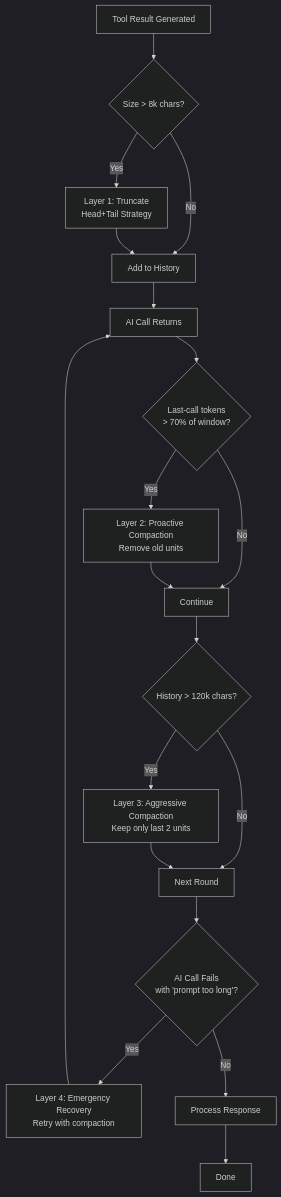
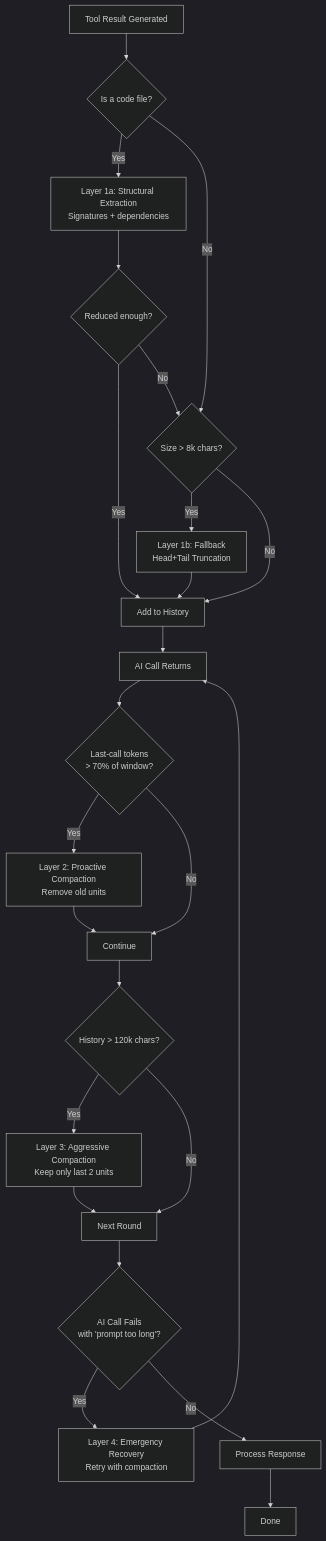
The first of 2 diagrams in src/articles/context-window-hardening.md (tmseidel/profile_website), drawn with Mermaid (dark theme) before and after one commit. The commit also changed other lines of this file, not shown here.

````diff
--- a/src/articles/context-window-hardening.md
+++ b/src/articles/context-window-hardening.md
@@ -46,24 +46,29 @@
 ```mermaid
 flowchart TD
-    A["Tool Result Generated"] --> B{"Size > 8k chars?"}
-    B -->|"Yes"| C["Layer 1: Truncate<br/>Head+Tail Strategy"]
-    B -->|"No"| D["Add to History"]
-    C --> D
+    A["Tool Result Generated"] --> B{"Is a code file?"}
+    B -->|"Yes"| C1["Layer 1a: Structural Extraction<br/>Signatures + dependencies"]
+    B -->|"No"| C2{"Size > 8k chars?"}
+    C1 --> C1a{"Reduced enough?"}
+    C1a -->|"Yes"| D["Add to History"]
+    C1a -->|"No"| C2
+    C2 -->|"Yes"| C3["Layer 1b: Fallback<br/>Head+Tail Truncation"]
+    C2 -->|"No"| D
+    C3 --> D
     
     D --> E["AI Call Returns"]
     E --> F{"Last-call tokens<br/>> 70% of window?"}
     F -->|"Yes"| G["Layer 2: Proactive Compaction<br/>Remove old units"]
     F -->|"No"| H["Continue"]
     G --> H
     
     H --> I{"History > 120k chars?"}
     I -->|"Yes"| J["Layer 3: Aggressive Compaction<br/>Keep only last 2 units"]
     I -->|"No"| K["Next Round"]
     J --> K
     
     K --> L{"AI Call Fails<br/>with 'prompt too long'?"}
     L -->|"Yes"| M["Layer 4: Emergency Recovery<br/>Retry with compaction"]
     L -->|"No"| N["Process Response"]
     M --> E
     N --> O["Done"]
 ```
````
